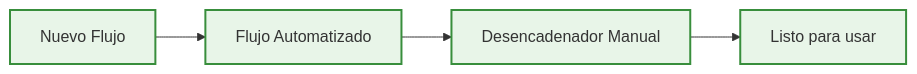
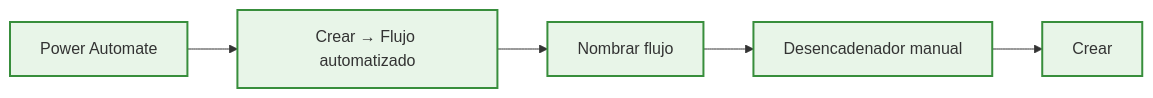
One commit to melqui16rv/automatizaciones changed the third of 7 diagrams in flujo_presupuesto/diagrama_flujo_power_automate.md. Above: the diagram before and after it, drawn with Mermaid. The commit also changed other lines of this file and 4 other files, not shown here.

````diff
--- a/flujo_presupuesto/diagrama_flujo_power_automate.md
+++ b/flujo_presupuesto/diagrama_flujo_power_automate.md
@@ -93,9 +98,10 @@
 ```mermaid
 graph LR
-    A[Nuevo Flujo] --> B[Flujo Automatizado]
-    B --> C[Desencadenador Manual]
-    C --> D[Listo para usar]
+    A[Power Automate] --> B[Crear → Flujo automatizado]
+    B --> C[Nombrar flujo]
+    C --> D[Desencadenador manual]
+    D --> E[Crear]
     
     classDef step fill:#e8f5e8,stroke:#388e3c,stroke-width:2px
-    class A,B,C,D step
+    class A,B,C,D,E step
 ```
````
